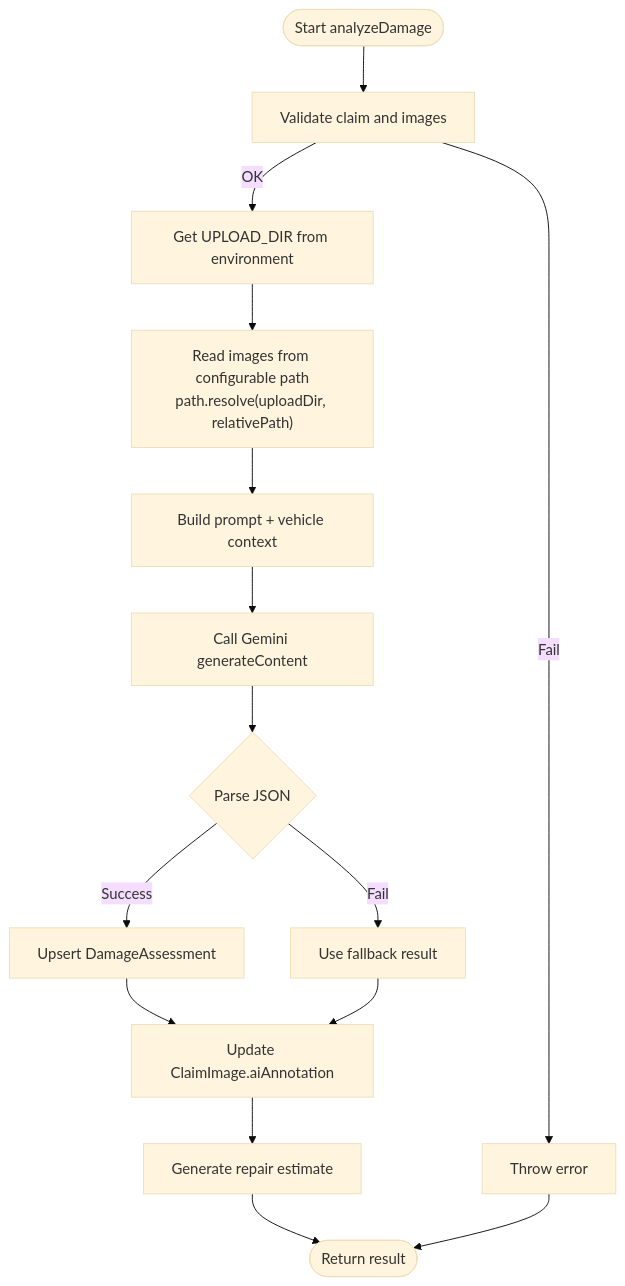
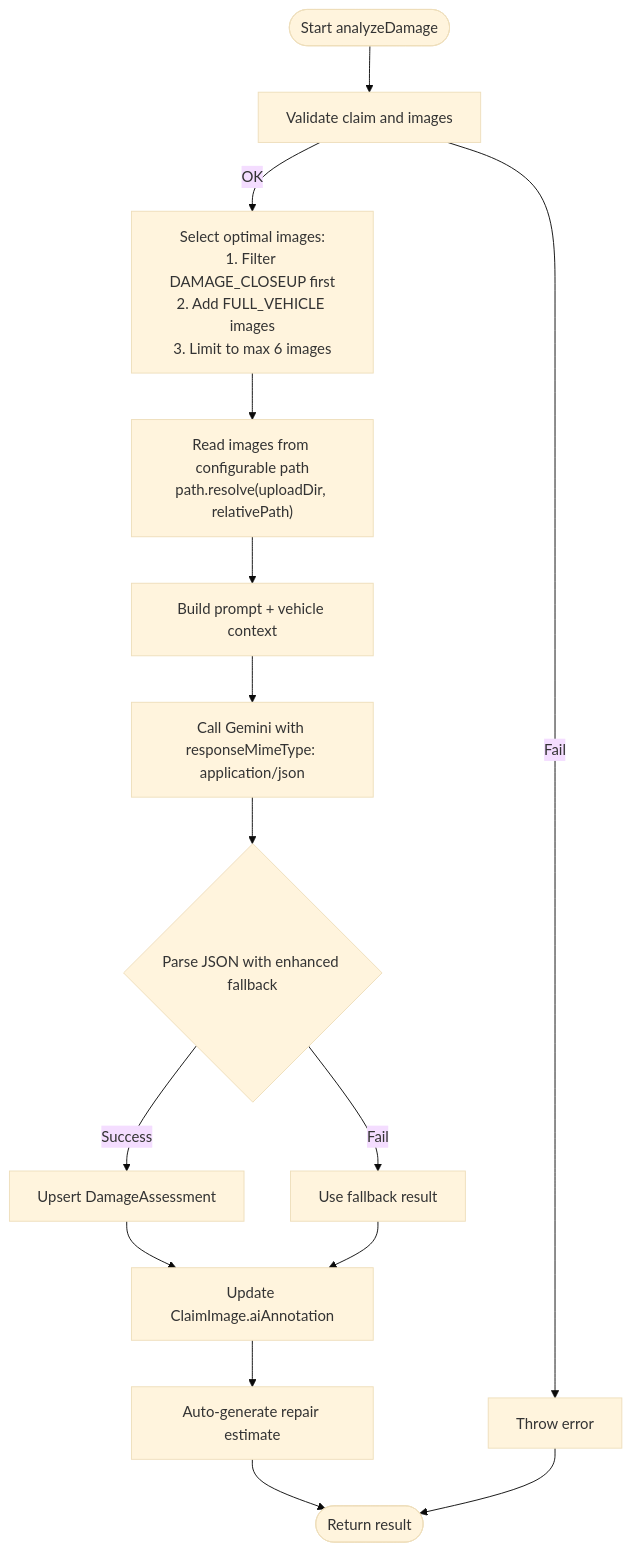
One commit to NaveenHiranya/Smart-Vehicle-Insurance-Claim-System changed the third of 6 diagrams in .qoder/repowiki/en/content/Backend Documentation/Business Logic & Services/Damage Analysis Service.md. Above: the diagram before and after it, drawn with Mermaid (base theme). The commit also changed other lines of this file and 33 other files, not shown here.

````diff
--- a/.qoder/repowiki/en/content/Backend Documentation/Business Logic & Services/Damage Analysis Service.md
+++ b/.qoder/repowiki/en/content/Backend Documentation/Business Logic & Services/Damage Analysis Service.md
@@ -146,17 +150,17 @@
 ```mermaid
 flowchart TD
 Start(["Start analyzeDamage"]) --> Validate["Validate claim and images"]
-Validate --> |OK| Config["Get UPLOAD_DIR from environment"]
+Validate --> |OK| ImageSelect["Select optimal images:<br/>1. Filter DAMAGE_CLOSEUP first<br/>2. Add FULL_VEHICLE images<br/>3. Limit to max 6 images"]
 Validate --> |Fail| Err["Throw error"]
-Config --> Prepare["Read images from configurable path<br/>path.resolve(uploadDir, relativePath)"]
+ImageSelect --> Prepare["Read images from configurable path<br/>path.resolve(uploadDir, relativePath)"]
 Prepare --> Prompt["Build prompt + vehicle context"]
-Prompt --> Call["Call Gemini generateContent"]
-Call --> Parse{"Parse JSON"}
+Prompt --> Call["Call Gemini with responseMimeType: application/json"]
+Call --> Parse{"Parse JSON with enhanced fallback"}
 Parse --> |Success| Persist["Upsert DamageAssessment"]
 Parse --> |Fail| Fallback["Use fallback result"]
 Persist --> Annotate["Update ClaimImage.aiAnnotation"]
 Fallback --> Annotate
-Annotate --> Estimate["Generate repair estimate"]
-Estimate --> End(["Return result"])
+Annotate --> AutoEstimate["Auto-generate repair estimate"]
+AutoEstimate --> End(["Return result"])
 Err --> End
 ```
````
